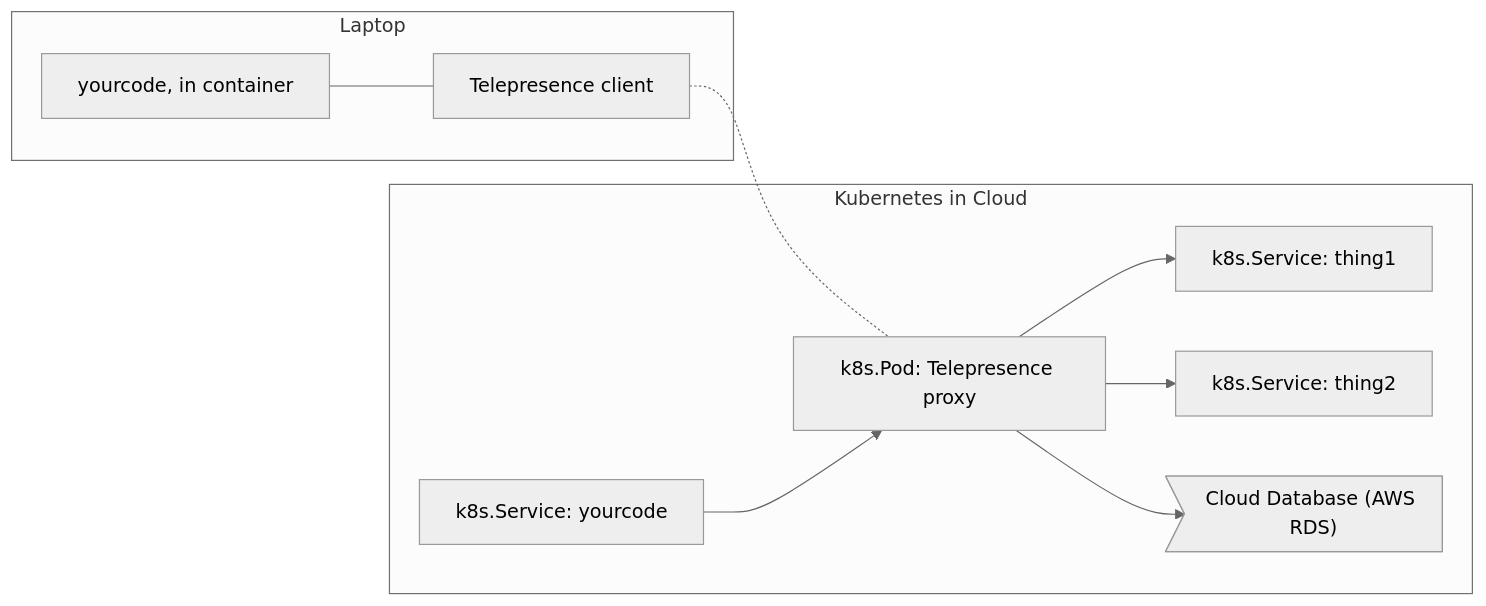
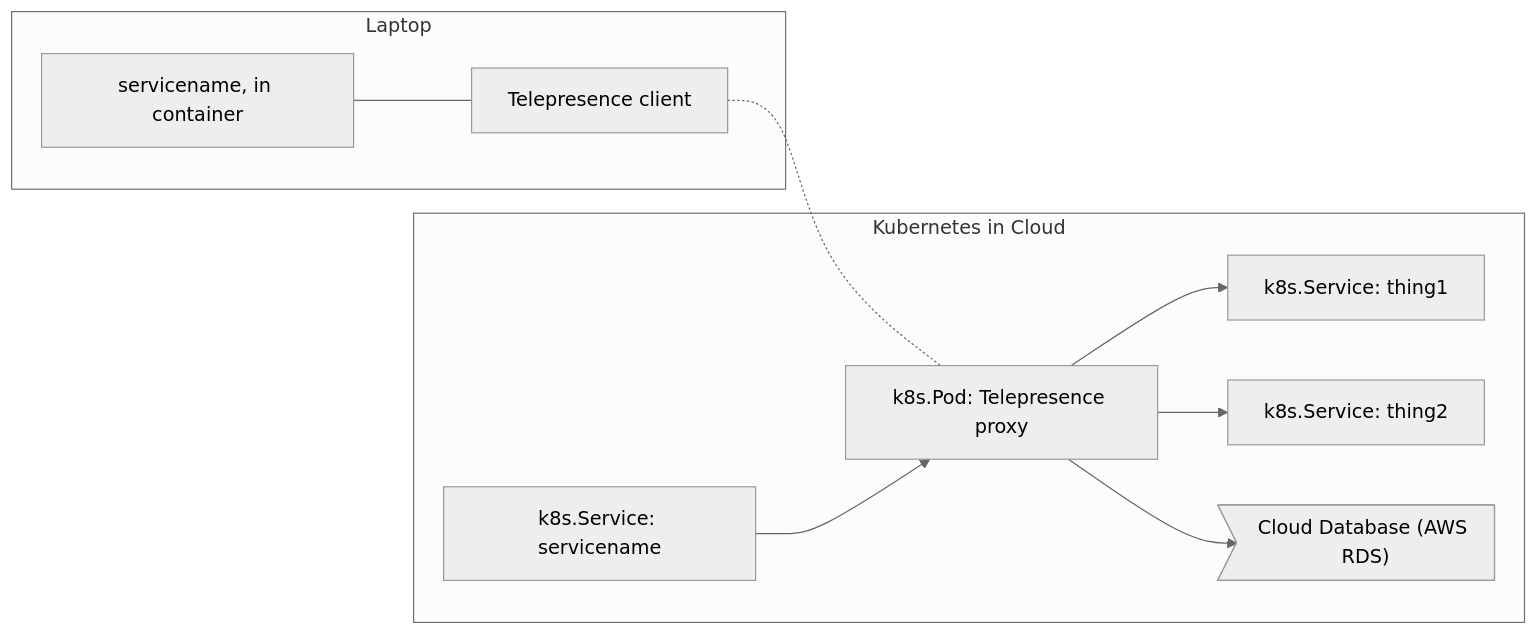
Before and after one commit to telepresenceio/telepresence.io: the second of 2 diagrams in index.md, drawn with Mermaid (neutral theme). The commit also changed other lines of this file, not shown here.

Commit message:
(from tel1) Rename 'yourcode' to 'servicename', to be clearer about what it is.

```diff
--- a/index.md
+++ b/index.md
@@ -31,13 +31,13 @@
 <div class="mermaid">
 graph LR
   subgraph Laptop
-    code["yourcode, in container"]---client[Telepresence client]
+    code["servicename, in container"]---client[Telepresence client]
   end
   subgraph Kubernetes in Cloud
     client-.-proxy["k8s.Pod: Telepresence proxy"]
-    s1["k8s.Service: yourcode"]-->proxy
+    s1["k8s.Service: servicename"]-->proxy
     proxy-->s2["k8s.Service: thing1"]
     proxy-->s3["k8s.Service: thing2"]
     proxy-->c1>"Cloud Database (AWS RDS)"]
   end
 </div>
```
